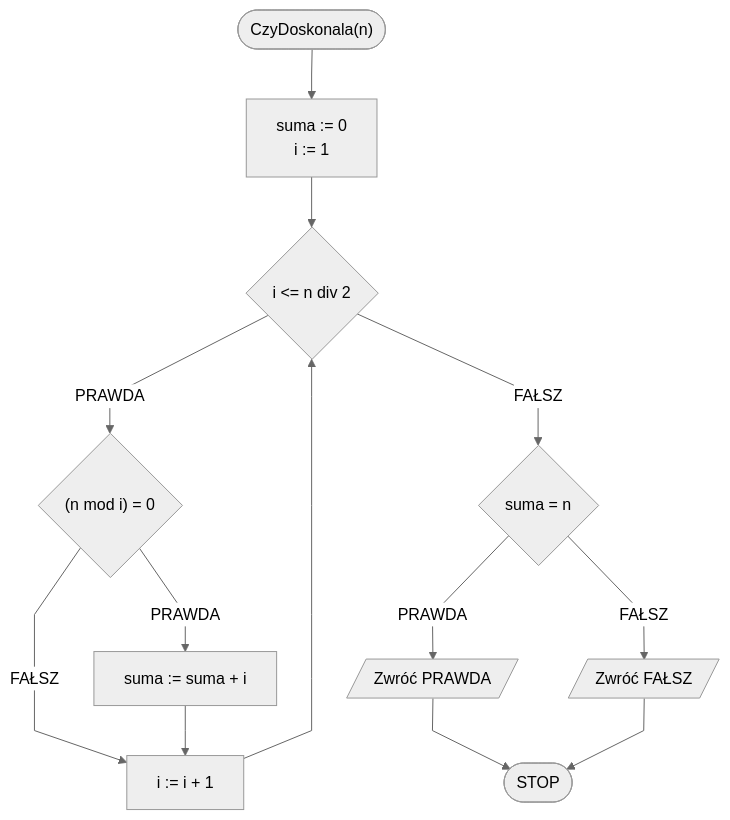
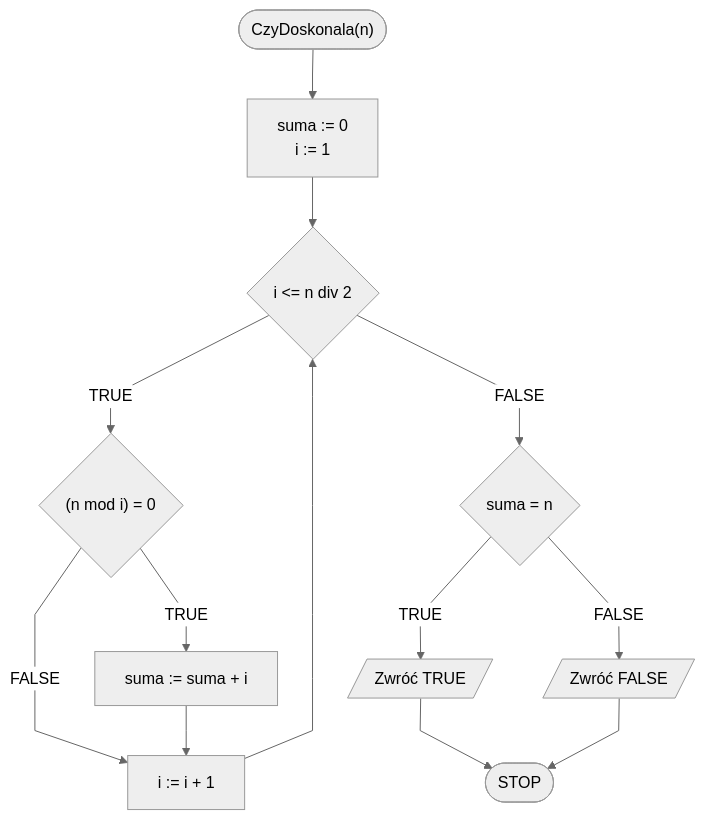
Before and after one commit to blackbat13/edu-cs-htiew-en: the first of 2 diagrams in docs/algorithms/integers/perfect-test.md, drawn with Mermaid. The commit also changed other lines of this file and 682 other files, not shown here.

````diff
--- a/docs/algorithms/integers/perfect-test.md
+++ b/docs/algorithms/integers/perfect-test.md
@@ -94,17 +94,17 @@
 ```mermaid
 %%{init: {"flowchart": {"curve": "linear"}, "theme": "neutral"} }%%
 flowchart TD
 	START(["CzyDoskonala(n)"]) --> K1["suma := 0
 	i := 1"]
 	K1 --> K2{i <= n div 2}
-	K2 -- PRAWDA --> K3{"(n mod i) = 0"}
-	K3 -- PRAWDA --> K4[suma := suma + i]
-	K3 -- FAŁSZ --> K2i[i := i + 1]
+	K2 -- TRUE --> K3{"(n mod i) = 0"}
+	K3 -- TRUE --> K4[suma := suma + i]
+	K3 -- FALSE --> K2i[i := i + 1]
 	K4 --> K2i
 	K2i --> K2
-	K2 -- FAŁSZ --> K5{suma = n}
-	K5 -- PRAWDA --> K6[/Zwróć PRAWDA/]
+	K2 -- FALSE --> K5{suma = n}
+	K5 -- TRUE --> K6[/Zwróć TRUE/]
 	K6 --> STOP([STOP])
-	K5 -- FAŁSZ --> K8[/Zwróć FAŁSZ/]
+	K5 -- FALSE --> K8[/Zwróć FALSE/]
 	K8 --> STOP
 ```
````
